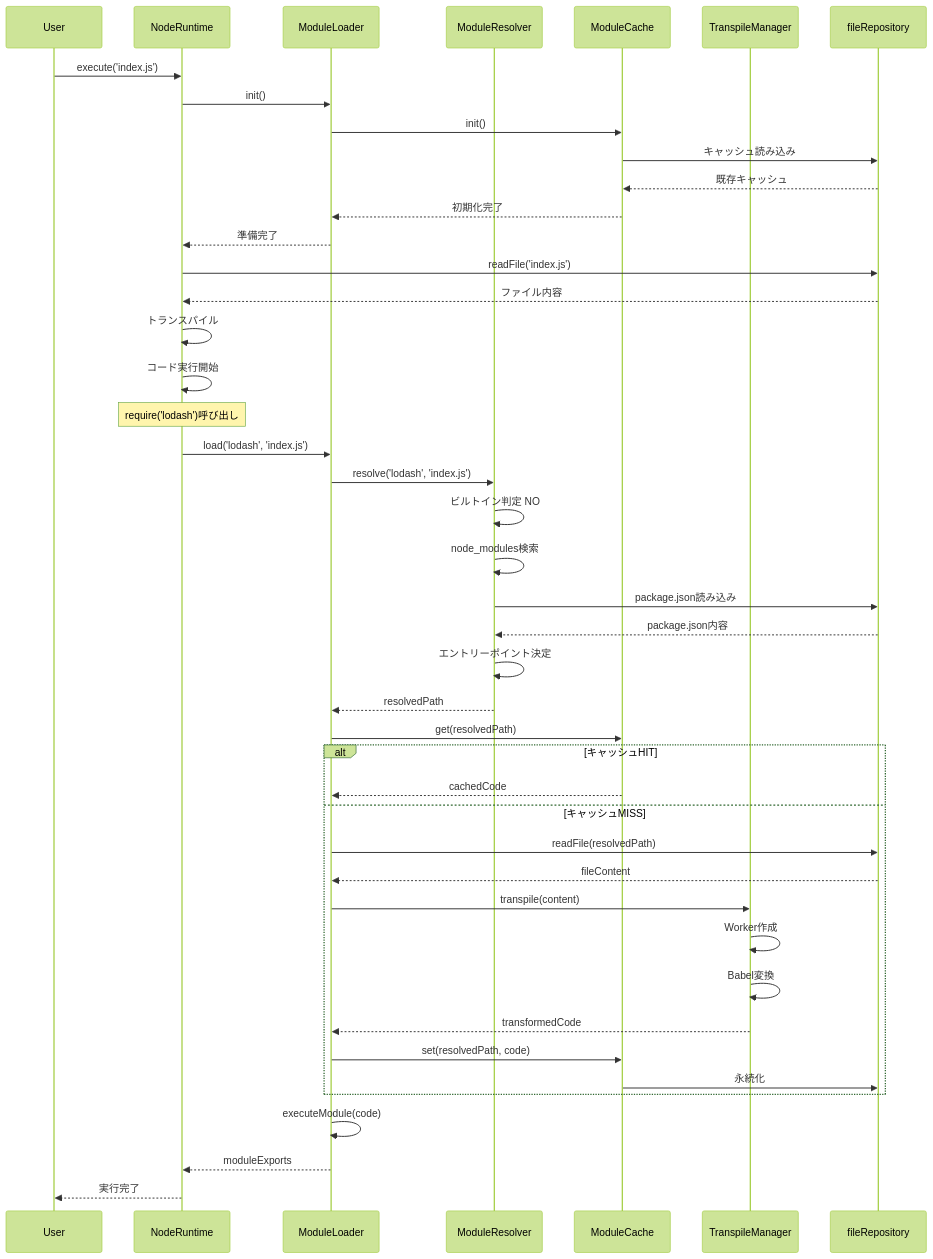
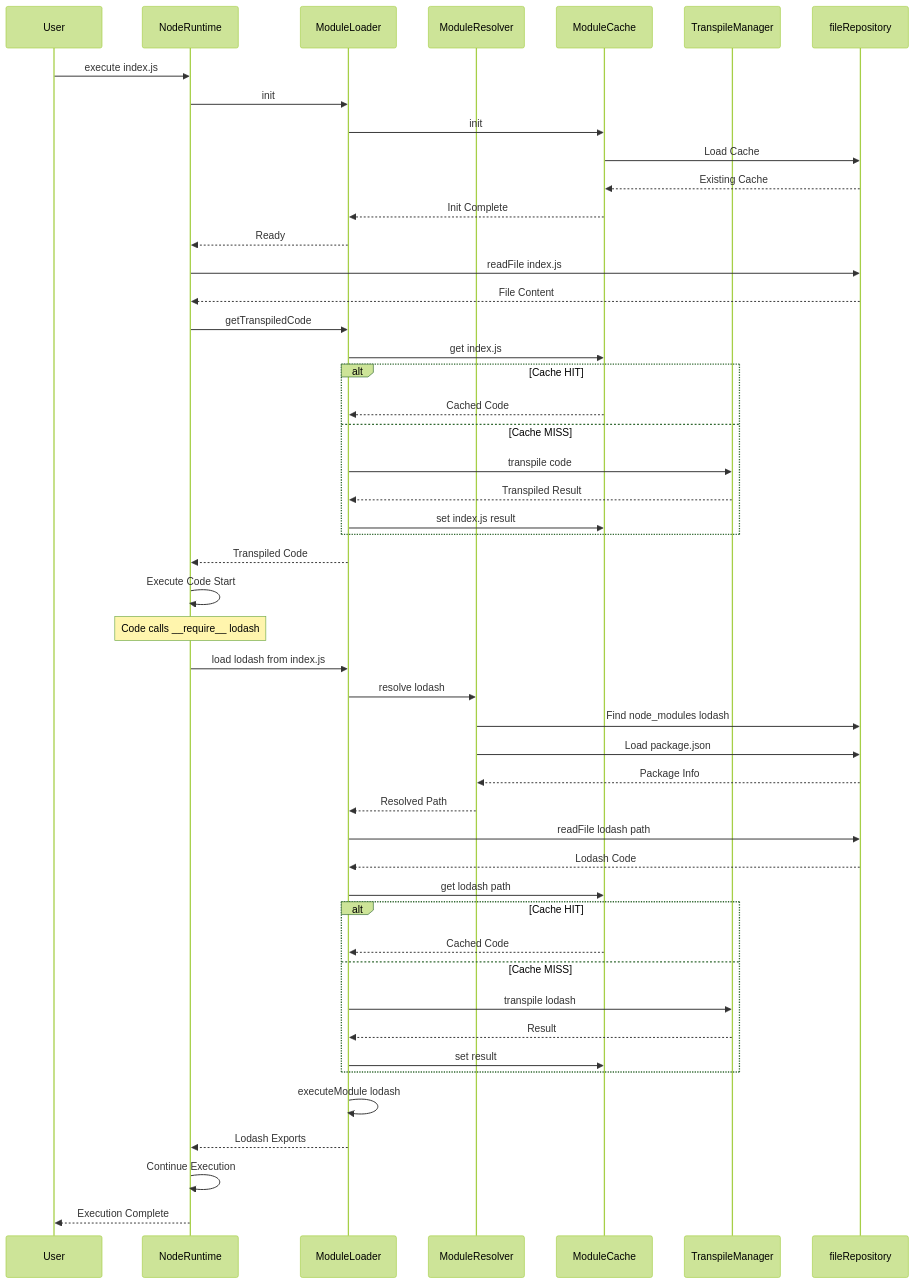
The seventh of 12 diagrams in docs/NODE-RUNTIME.md (Stasshe/Pyxis-CodeCanvas), drawn with Mermaid (forest theme) before and after one commit. The commit also changed other lines of this file, not shown here.

Commit message:
Implement code changes to enhance functionality and improve performance

````diff
--- a/docs/NODE-RUNTIME.md
+++ b/docs/NODE-RUNTIME.md
@@ -444,57 +463,64 @@
 ```mermaid
 sequenceDiagram
     participant User
     participant Runtime as NodeRuntime
     participant Loader as ModuleLoader
     participant Resolver as ModuleResolver
     participant Cache as ModuleCache
     participant Manager as TranspileManager
     participant FileRepo as fileRepository
     
-    User->>Runtime: execute('index.js')
-    Runtime->>Loader: init()
-    Loader->>Cache: init()
-    Cache->>FileRepo: キャッシュ読み込み
-    FileRepo-->>Cache: 既存キャッシュ
-    Cache-->>Loader: 初期化完了
-    Loader-->>Runtime: 準備完了
+    User->>Runtime: execute index.js
+    Runtime->>Loader: init
+    Loader->>Cache: init
+    Cache->>FileRepo: Load Cache
+    FileRepo-->>Cache: Existing Cache
+    Cache-->>Loader: Init Complete
+    Loader-->>Runtime: Ready
     
-    Runtime->>FileRepo: readFile('index.js')
-    FileRepo-->>Runtime: ファイル内容
+    Runtime->>FileRepo: readFile index.js
+    FileRepo-->>Runtime: File Content
     
-    Runtime->>Runtime: トランスパイル
-    Runtime->>Runtime: コード実行開始
+    Runtime->>Loader: getTranspiledCode
+    Loader->>Cache: get index.js
     
-    Note over Runtime: require('lodash')呼び出し
-    
-    Runtime->>Loader: load('lodash', 'index.js')
-    Loader->>Resolver: resolve('lodash', 'index.js')
-    
-    Resolver->>Resolver: ビルトイン判定 NO
-    Resolver->>Resolver: node_modules検索
-    Resolver->>FileRepo: package.json読み込み
-    FileRepo-->>Resolver: package.json内容
-    Resolver->>Resolver: エントリーポイント決定
-    Resolver-->>Loader: resolvedPath
-    
-    Loader->>Cache: get(resolvedPath)
-    
-    alt キャッシュHIT
-        Cache-->>Loader: cachedCode
-    else キャッシュMISS
-        Loader->>FileRepo: readFile(resolvedPath)
-        FileRepo-->>Loader: fileContent
-        
-        Loader->>Manager: transpile(content)
-        Manager->>Manager: Worker作成
-        Manager->>Manager: Babel変換
-        Manager-->>Loader: transformedCode
-        
-        Loader->>Cache: set(resolvedPath, code)
-        Cache->>FileRepo: 永続化
+    alt Cache HIT
+        Cache-->>Loader: Cached Code
+    else Cache MISS
+        Loader->>Manager: transpile code
+        Manager-->>Loader: Transpiled Result
+        Loader->>Cache: set index.js result
     end
     
-    Loader->>Loader: executeModule(code)
-    Loader-->>Runtime: moduleExports
-    Runtime-->>User: 実行完了
+    Loader-->>Runtime: Transpiled Code
+    
+    Runtime->>Runtime: Execute Code Start
+    
+    Note over Runtime: Code calls __require__ lodash
+    
+    Runtime->>Loader: load lodash from index.js
+    Loader->>Resolver: resolve lodash
+    Resolver->>FileRepo: Find node_modules lodash
+    Resolver->>FileRepo: Load package.json
+    FileRepo-->>Resolver: Package Info
+    Resolver-->>Loader: Resolved Path
+    
+    Loader->>FileRepo: readFile lodash path
+    FileRepo-->>Loader: Lodash Code
+    
+    Loader->>Cache: get lodash path
+    
+    alt Cache HIT
+        Cache-->>Loader: Cached Code
+    else Cache MISS
+        Loader->>Manager: transpile lodash
+        Manager-->>Loader: Result
+        Loader->>Cache: set result
+    end
+    
+    Loader->>Loader: executeModule lodash
+    Loader-->>Runtime: Lodash Exports
+    
+    Runtime->>Runtime: Continue Execution
+    Runtime-->>User: Execution Complete
 ```
````
